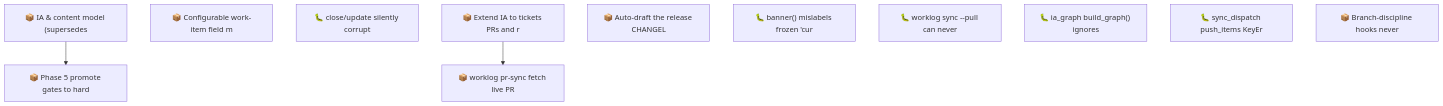
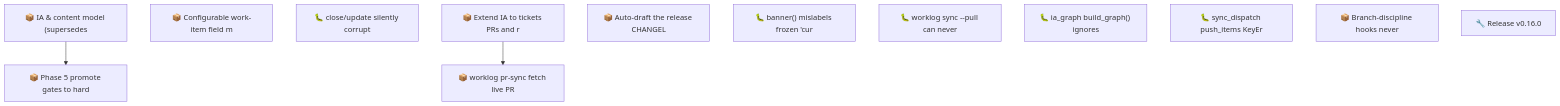
One commit to SpillwaveSolutions/wiki_ticket_sdd changed the second of 2 diagrams in docs/roadmap.md. Above: the diagram before and after it, drawn with Mermaid. The commit also changed other lines of this file and 74 other files, not shown here.

First line of the commit message:
release: v0.16.0 — stamp, version lockstep, snapshot, evidence links (01KYDZRVN5HAP73465JAM65EK7)

````diff
--- a/docs/roadmap.md
+++ b/docs/roadmap.md
@@ -83,17 +93,18 @@
 ```mermaid
 graph TD
     01KY5G9ZW0H2YMNWDFJYGRPYE5["📦 IA & content model (supersedes"]
     01KY5G9ZW0RABXWHEMEP1FAV2G["📦 Phase 5 promote gates to hard"]
     01KY5NE0ZYGBWG44N0KPEBFCZ8["📦 Configurable work-item field m"]
     01KYA99TVCGX79HFNHN1DVT7Y6["🐛 close/update silently corrupt"]
     01KYABYEQP8ANXGYPBCV2T20D8["📦 Extend IA to tickets PRs and r"]
     01KYAC0AC01R4C6W7YY1X8NVRV["📦 Auto-draft the release CHANGEL"]
     01KYACFJA0SQSF4C83BJZXB5MY["🐛 banner() mislabels frozen 'cur"]
     01KYADGT9Q48EKJZVQQSH4HXWZ["📦 worklog pr-sync fetch live PR"]
     01KYAGZ8KK46SQF1MKHAHVCTJV["🐛 worklog sync --pull can never"]
     01KYAHAB3T2QXGMN4SQT4ZNZGW["🐛 ia_graph build_graph() ignores"]
     01KYAKH389T1ZKKBP94WH2HK94["🐛 sync_dispatch push_items KeyEr"]
     01KYBD2HYJVNHX698WR1JD96YC["📦 Branch-discipline hooks never"]
+    01KYDZRVN5HAP73465JAM65EK7["🔧 Release v0.16.0"]
     01KY5G9ZW0H2YMNWDFJYGRPYE5 --> 01KY5G9ZW0RABXWHEMEP1FAV2G
     01KYABYEQP8ANXGYPBCV2T20D8 --> 01KYADGT9Q48EKJZVQQSH4HXWZ
 ```
````
